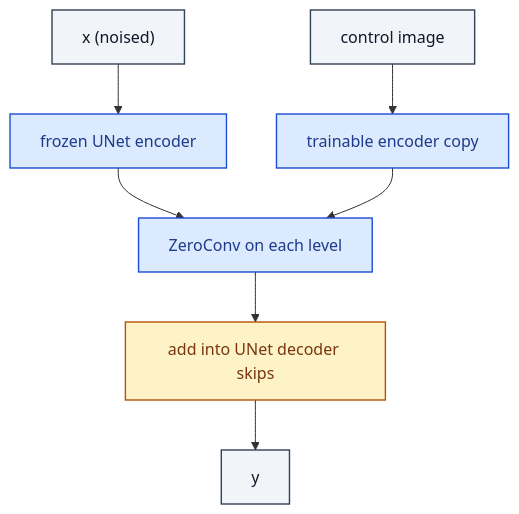
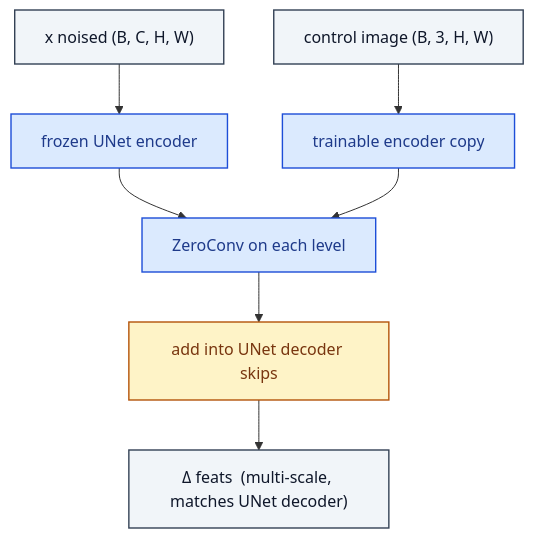
The diagram in unet_diffusion/ControlNetBlock.md (RealityShifts/Srivastava-book-of-Blocks-diagrams), drawn with Mermaid before and after one commit. The commit also changed 123 other files, not shown here.

````diff
--- a/unet_diffusion/ControlNetBlock.md
+++ b/unet_diffusion/ControlNetBlock.md
@@ -7,25 +7,26 @@
 ```mermaid
 flowchart TD
-    n0_0["x  (noised)"]:::io
-    n0_1["control image"]:::io
+    n0_0["x  noised  (B, C, H, W)"]:::io
+    n0_1["control image  (B, 3, H, W)"]:::io
     n1_0["frozen UNet encoder"]:::op
     n1_1["trainable encoder copy"]:::op
     n2_0["ZeroConv on each level"]:::op
     n3_0["add into UNet decoder skips"]:::merge
-    n4_0["y"]:::io
+    n4_0["Δ feats  (multi-scale, matches UNet decoder)"]:::io
     n0_0 --> n1_0
     n0_1 --> n1_1
     n1_0 --> n2_0
     n1_1 --> n2_0
     n2_0 --> n3_0
     n3_0 --> n4_0
     classDef io fill:#f1f5f9,stroke:#334155,stroke-width:1.4px,color:#0f172a
     classDef op fill:#dbeafe,stroke:#1d4ed8,stroke-width:1.4px,color:#1e3a8a
     classDef norm fill:#dcfce7,stroke:#15803d,stroke-width:1.4px,color:#14532d
     classDef act fill:#ffedd5,stroke:#c2410c,stroke-width:1.4px,color:#7c2d12
     classDef attn fill:#ede9fe,stroke:#6d28d9,stroke-width:1.4px,color:#4c1d95
     classDef merge fill:#fef3c7,stroke:#b45309,stroke-width:1.4px,color:#78350f
     classDef emb fill:#fef9c3,stroke:#a16207,stroke-width:1.4px,color:#713f12
     classDef loss fill:#fee2e2,stroke:#b91c1c,stroke-width:1.4px,color:#7f1d1d
     classDef ctrl fill:#f5f5f4,stroke:#52525b,stroke-width:1.4px,color:#27272a
+    classDef ref fill:#e0f2fe,stroke:#0369a1,stroke-width:2px,color:#0c4a6e,stroke-dasharray: 4 2
 ```
````
